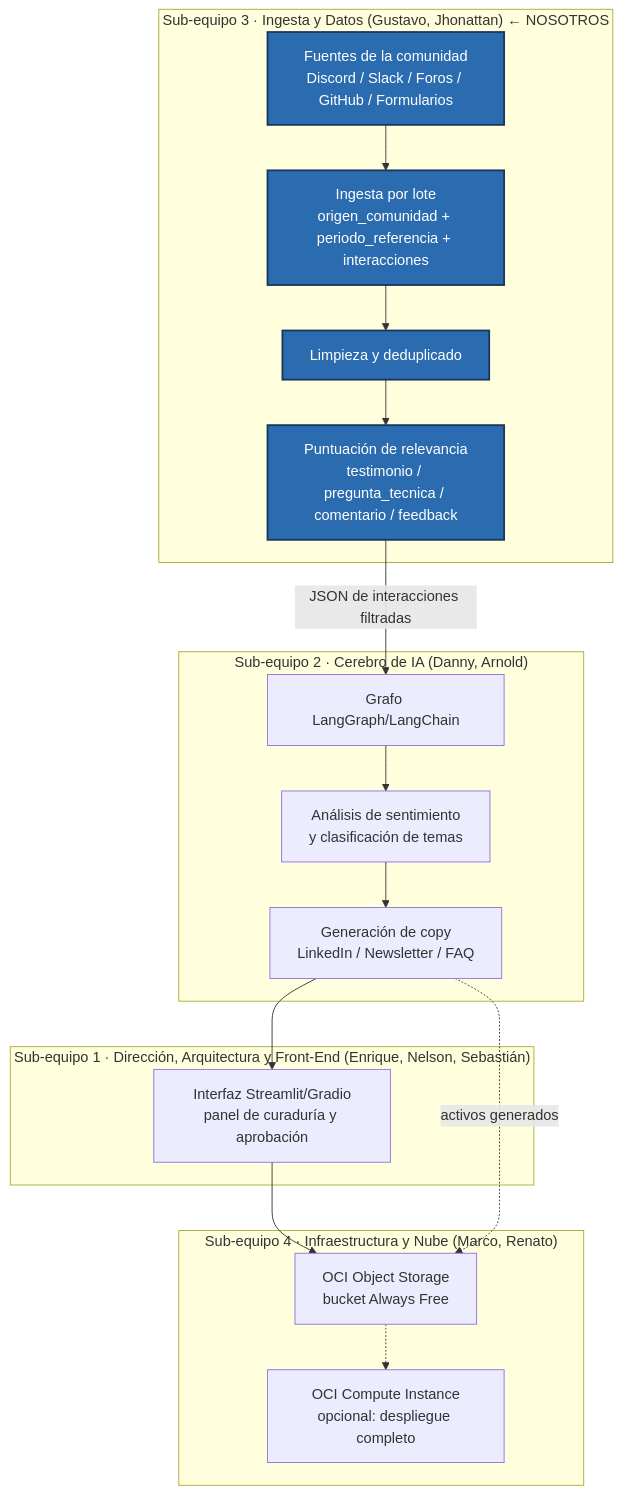
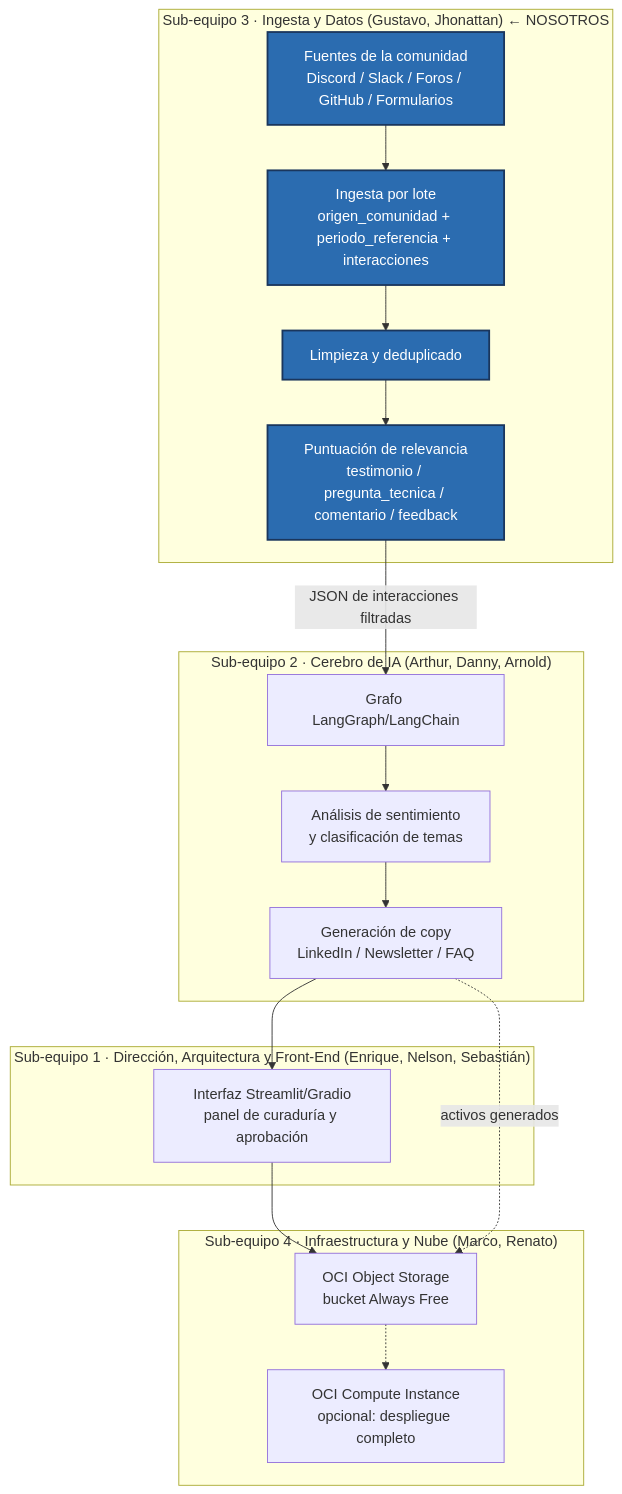
One commit to HenryH11/communitylab changed the diagram in docs/arquitectura_general_sistema.md. Above: the diagram before and after it, drawn with Mermaid. The commit also changed 1 other file, not shown here.

Commit message:
docs: dirigir el README de src/data tambien a Arthur (lider Sub-equipo 2)
- Reestructurar src/data/README.md con secciones separadas: continuidad de
  la ingesta para Jhonattan (foro de Alura + criterio de relevancia
  pendiente), y guia de consumo de datos para Arthur (que archivo usar,
  esquema, mapeo de 'tipo' a casos de uso, cuidados antes de asumir que
  los datos ya vienen filtrados)
- Corregir docs/arquitectura_general_sistema.md: Sub-equipo 2 ahora lista
  a Arthur junto a Danny y Arnold, para no quedar inconsistente

````diff
--- a/docs/arquitectura_general_sistema.md
+++ b/docs/arquitectura_general_sistema.md
@@ -12,35 +12,35 @@
 ```mermaid
 flowchart TD
     subgraph S3["Sub-equipo 3 · Ingesta y Datos (Gustavo, Jhonattan) ← NOSOTROS"]
         A[Fuentes de la comunidad<br/>Discord / Slack / Foros / GitHub / Formularios]
         B[Ingesta por lote<br/>origen_comunidad + periodo_referencia + interacciones]
         C[Limpieza y deduplicado]
         D[Puntuación de relevancia<br/>testimonio / pregunta_tecnica / comentario / feedback]
         A --> B --> C --> D
     end
 
-    subgraph S2["Sub-equipo 2 · Cerebro de IA (Danny, Arnold)"]
+    subgraph S2["Sub-equipo 2 · Cerebro de IA (Arthur, Danny, Arnold)"]
         E[Grafo LangGraph/LangChain]
         F[Análisis de sentimiento<br/>y clasificación de temas]
         G[Generación de copy<br/>LinkedIn / Newsletter / FAQ]
         E --> F --> G
     end
 
     subgraph S1["Sub-equipo 1 · Dirección, Arquitectura y Front-End (Enrique, Nelson, Sebastián)"]
         H[Interfaz Streamlit/Gradio<br/>panel de curaduría y aprobación]
     end
 
     subgraph S4["Sub-equipo 4 · Infraestructura y Nube (Marco, Renato)"]
         I[OCI Object Storage<br/>bucket Always Free]
         J[OCI Compute Instance<br/>opcional: despliegue completo]
     end
 
     D -->|JSON de interacciones filtradas| E
     G --> H
     H --> I
     G -.->|activos generados| I
     I -.-> J
 
     classDef nosotros fill:#2b6cb0,color:#fff,stroke:#1a365d,stroke-width:2px;
     class A,B,C,D nosotros
 ```
````
